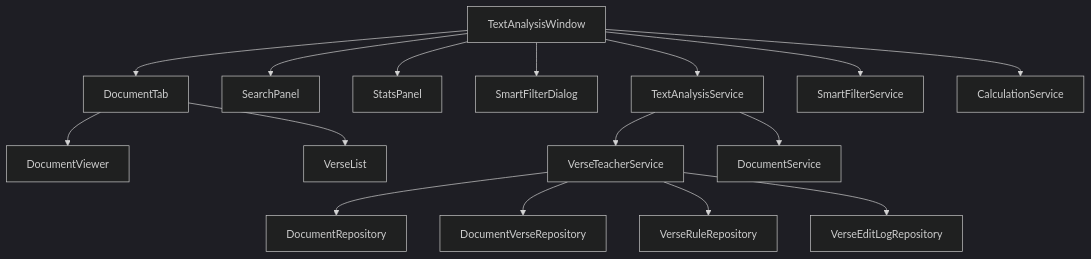
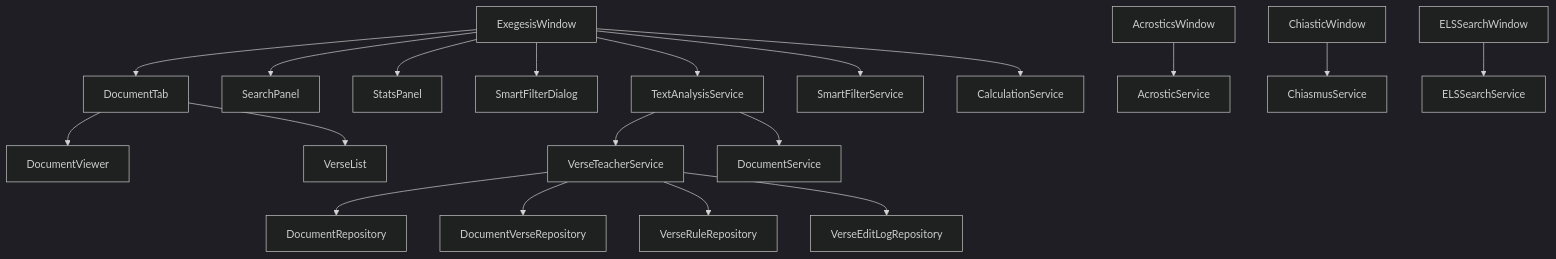
The first of 7 diagrams in .qoder/repowiki/en/content/Architecture Overview/Pillar-Based Architecture/Gematria Pillar/Text Analysis System.md (TheDaniel166/IsopGem), drawn with Mermaid (dark theme) before and after one commit. The commit also changed other lines of this file and 29 other files, not shown here.

````diff
--- a/.qoder/repowiki/en/content/Architecture Overview/Pillar-Based Architecture/Gematria Pillar/Text Analysis System.md
+++ b/.qoder/repowiki/en/content/Architecture Overview/Pillar-Based Architecture/Gematria Pillar/Text Analysis System.md
@@ -41,18 +60,21 @@
 ```mermaid
 graph TD
-A[TextAnalysisWindow] --> B[DocumentTab]
+A[ExegesisWindow] --> B[DocumentTab]
 A --> C[SearchPanel]
 A --> D[StatsPanel]
 A --> E[SmartFilterDialog]
 B --> F[DocumentViewer]
 B --> G[VerseList]
 A --> H[TextAnalysisService]
 A --> I[SmartFilterService]
 A --> J[CalculationService]
 H --> K[VerseTeacherService]
 H --> L[DocumentService]
 K --> M[DocumentRepository]
 K --> N[DocumentVerseRepository]
 K --> O[VerseRuleRepository]
 K --> P[VerseEditLogRepository]
+Q[AcrosticsWindow] --> R[AcrosticService]
+S[ChiasticWindow] --> T[ChiasmusService]
+U[ELSSearchWindow] --> V[ELSSearchService]
 ```
````
